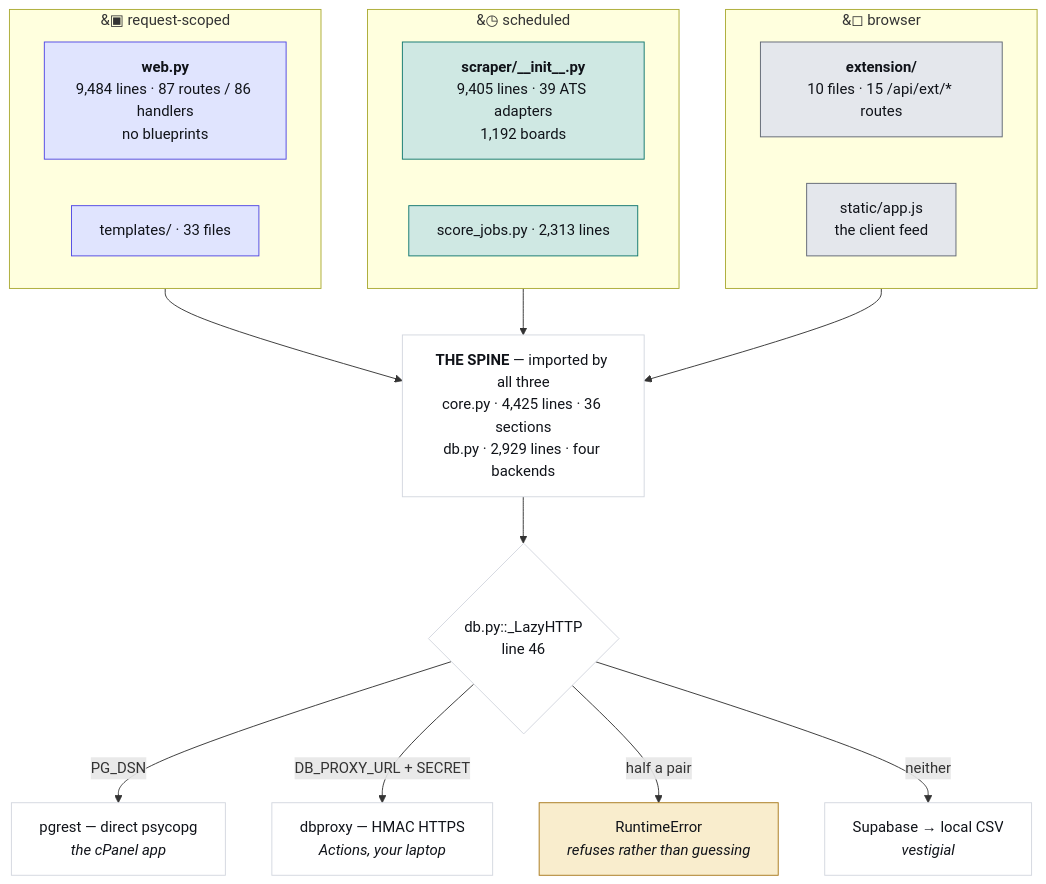
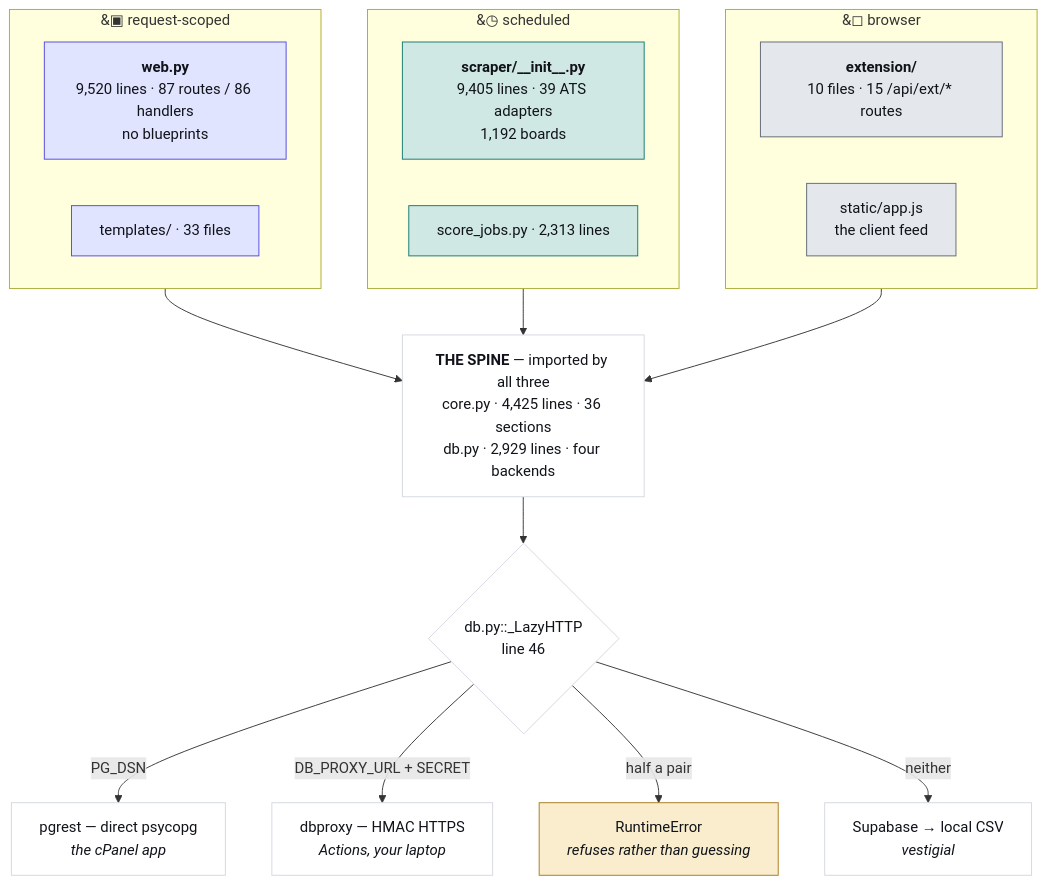
Before and after one commit to hadakunal909-debug/job-search-tool: the first of 4 diagrams in JobMatch Scraper/docs/ARCHITECTURE.md, drawn with Mermaid. The commit also changed other lines of this file and 14 other files, not shown here.

````diff
--- a/JobMatch Scraper/docs/ARCHITECTURE.md
+++ b/JobMatch Scraper/docs/ARCHITECTURE.md
@@ -45,34 +45,34 @@
 ```mermaid
 flowchart TB
   subgraph REQ["&#9635; request-scoped"]
-    W["<b>web.py</b><br/>9,484 lines · 87 routes / 86 handlers<br/>no blueprints"]
+    W["<b>web.py</b><br/>9,520 lines · 87 routes / 86 handlers<br/>no blueprints"]
     T["templates/ · 33 files"]
   end
   subgraph SCH["&#9719; scheduled"]
     S["<b>scraper/__init__.py</b><br/>9,405 lines · 39 ATS adapters<br/>1,192 boards"]
     J["score_jobs.py · 2,313 lines"]
   end
   subgraph CLI["&#9723; browser"]
     E["<b>extension/</b><br/>10 files · 15 /api/ext/* routes"]
     A["static/app.js<br/>the client feed"]
   end
   SPINE["<b>THE SPINE</b> — imported by all three<br/>core.py · 4,425 lines · 36 sections<br/>db.py · 2,929 lines · four backends"]
   REQ --> SPINE
   SCH --> SPINE
   CLI --> SPINE
   SPINE --> D{"db.py::_LazyHTTP<br/>line 46"}
   D -->|"PG_DSN"| P["pgrest — direct psycopg<br/><i>the cPanel app</i>"]
   D -->|"DB_PROXY_URL + SECRET"| X["dbproxy — HMAC HTTPS<br/><i>Actions, your laptop</i>"]
   D -->|"half a pair"| R["RuntimeError<br/><i>refuses rather than guessing</i>"]
   D -->|"neither"| V["Supabase → local CSV<br/><i>vestigial</i>"]
   classDef web fill:#e0e4fe,stroke:#4f46e5,color:#101319
   classDef sched fill:#cfe8e3,stroke:#0f766e,color:#101319
   classDef client fill:#e4e7ec,stroke:#5f6573,color:#101319
   classDef trap fill:#f9edcd,stroke:#a8781a,color:#101319
   classDef plain fill:#ffffff,stroke:#d3d7df,color:#101319
   class W,T web
   class S,J sched
   class E,A client
   class R trap
   class SPINE,D,P,X,V plain
 ```
````
